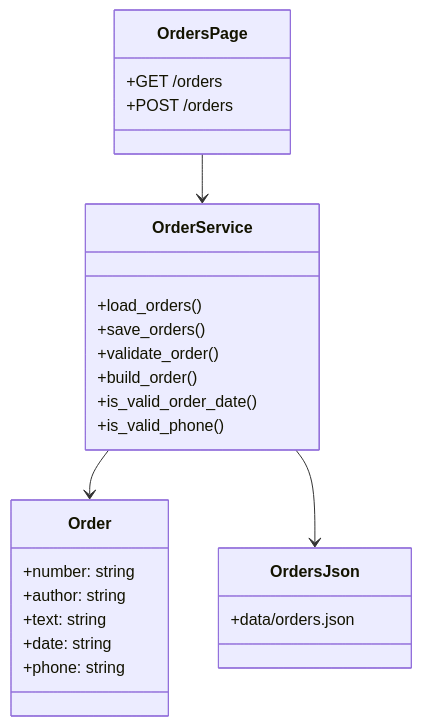
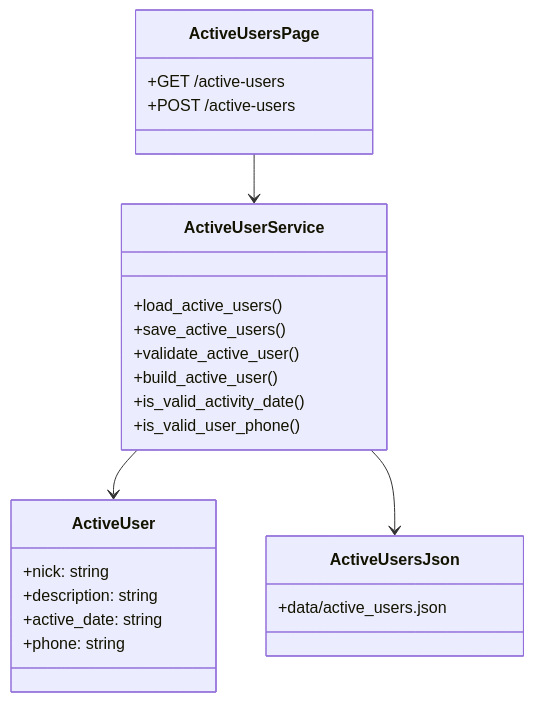
One commit to ABOKADO228/TaskManager_stpr changed the diagram in TaskMgr/TaskMgr/REPORT.md. Above: the diagram before and after it, drawn with Mermaid. The commit also changed other lines of this file and 15 other files, not shown here.

````diff
--- a/TaskMgr/TaskMgr/REPORT.md
+++ b/TaskMgr/TaskMgr/REPORT.md
@@ -34,32 +34,31 @@
 ```mermaid
 classDiagram
-    class OrdersPage {
-        +GET /orders
-        +POST /orders
+    class ActiveUsersPage {
+        +GET /active-users
+        +POST /active-users
     }
 
-    class OrderService {
-        +load_orders()
-        +save_orders()
-        +validate_order()
-        +build_order()
-        +is_valid_order_date()
-        +is_valid_phone()
+    class ActiveUserService {
+        +load_active_users()
+        +save_active_users()
+        +validate_active_user()
+        +build_active_user()
+        +is_valid_activity_date()
+        +is_valid_user_phone()
     }
 
-    class Order {
-        +number: string
-        +author: string
-        +text: string
-        +date: string
+    class ActiveUser {
+        +nick: string
+        +description: string
+        +active_date: string
         +phone: string
     }
 
-    class OrdersJson {
-        +data/orders.json
+    class ActiveUsersJson {
+        +data/active_users.json
     }
 
-    OrdersPage --> OrderService
-    OrderService --> Order
-    OrderService --> OrdersJson
+    ActiveUsersPage --> ActiveUserService
+    ActiveUserService --> ActiveUser
+    ActiveUserService --> ActiveUsersJson
 ```
````
